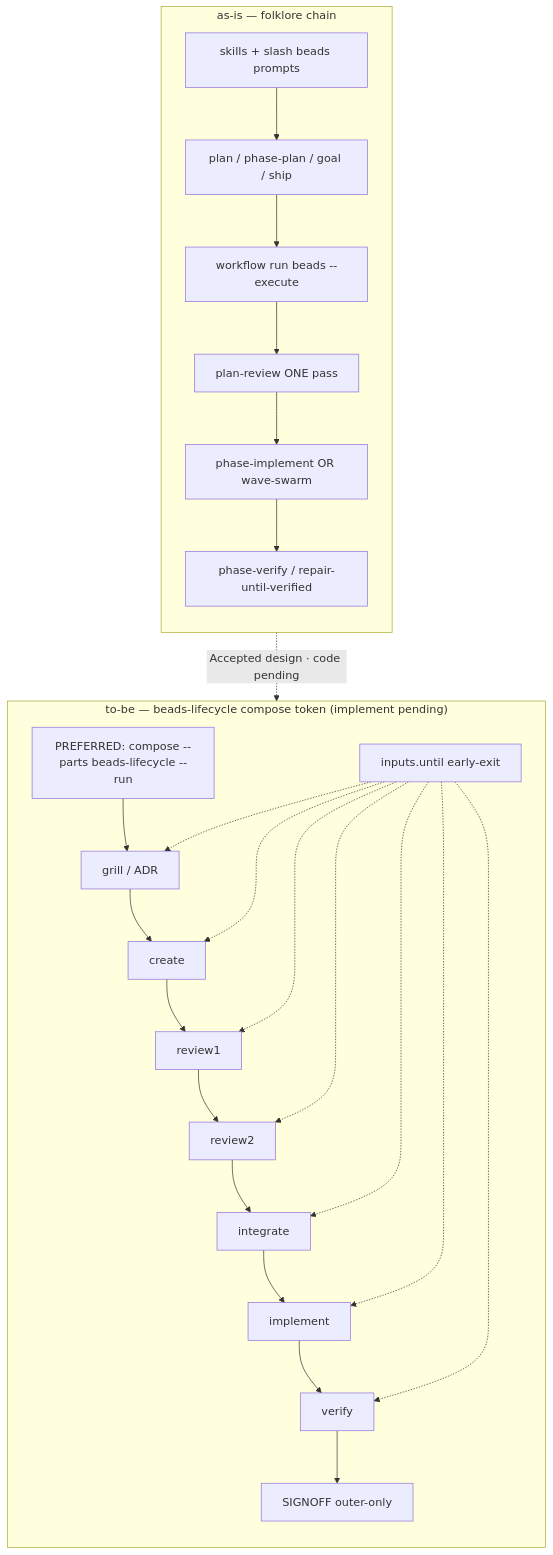
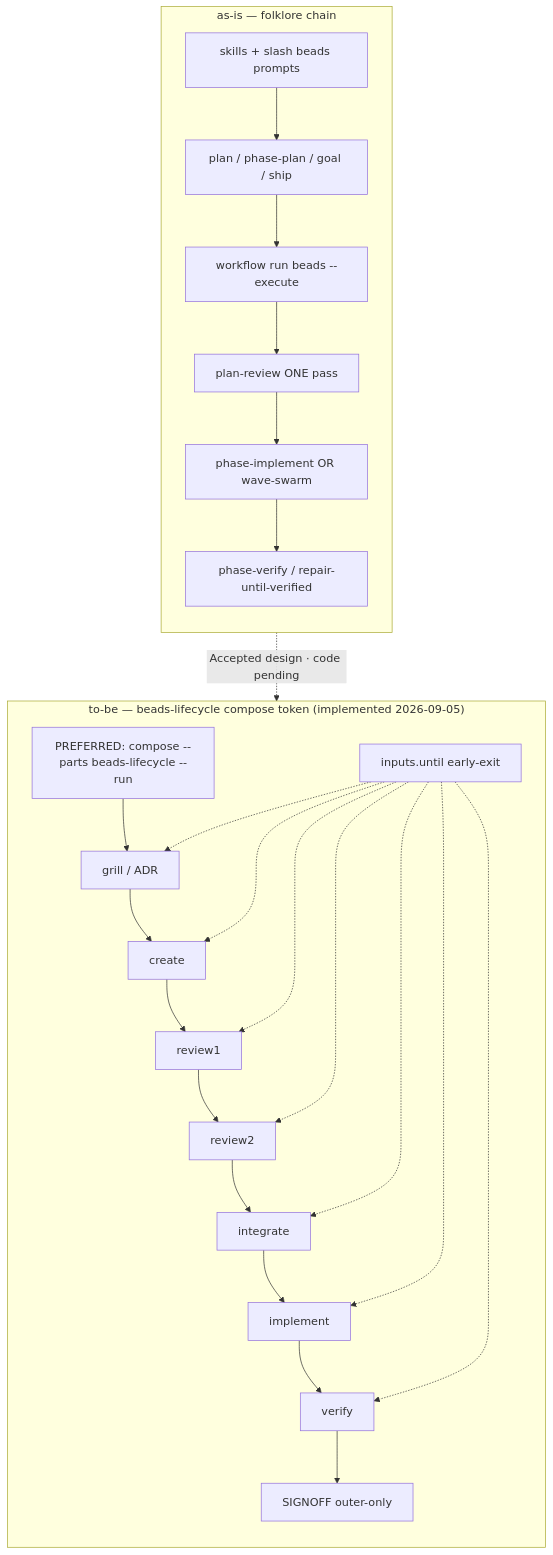
The fourth of 5 diagrams in docs/decisions/0008-workflow-compose-topology-agent-optimal-mental-model.md (bangedorrunt/flywheel), drawn with Mermaid before and after one commit. The commit also changed other lines of this file and 1 other file, not shown here.

First line of the commit message:
[bd-adr0008-adr-flip-q8mk] ADR truth-flip: implement pending -> implemented + guard mechanism

````diff
--- a/docs/decisions/0008-workflow-compose-topology-agent-optimal-mental-model.md
+++ b/docs/decisions/0008-workflow-compose-topology-agent-optimal-mental-model.md
@@ -354,35 +354,35 @@
 ```mermaid
 flowchart TB
   subgraph asisBL["as-is — folklore chain"]
     direction TB
     folk["skills + slash beads prompts"]
     p["plan / phase-plan / goal / ship"]
     b["workflow run beads --execute"]
     r1["plan-review ONE pass"]
     imp["phase-implement OR wave-swarm"]
     v["phase-verify / repair-until-verified"]
     folk --> p --> b --> r1 --> imp --> v
   end
-  subgraph tobeBL["to-be — beads-lifecycle compose token (implement pending)"]
+  subgraph tobeBL["to-be — beads-lifecycle compose token (implemented 2026-09-05)"]
     direction TB
     door["PREFERRED: compose --parts beads-lifecycle --run"]
     g["grill / ADR"]
     c["create"]
     d1["review1"]
     d2["review2"]
     integ["integrate"]
     impl["implement"]
     ver["verify"]
     sig["SIGNOFF outer-only"]
     stop["inputs.until early-exit"]
     door --> g --> c --> d1 --> d2 --> integ --> impl --> ver --> sig
     stop -.-> g
     stop -.-> c
     stop -.-> d1
     stop -.-> d2
     stop -.-> integ
     stop -.-> impl
     stop -.-> ver
   end
   asisBL -.->|Accepted design · code pending| tobeBL
 ```
````
